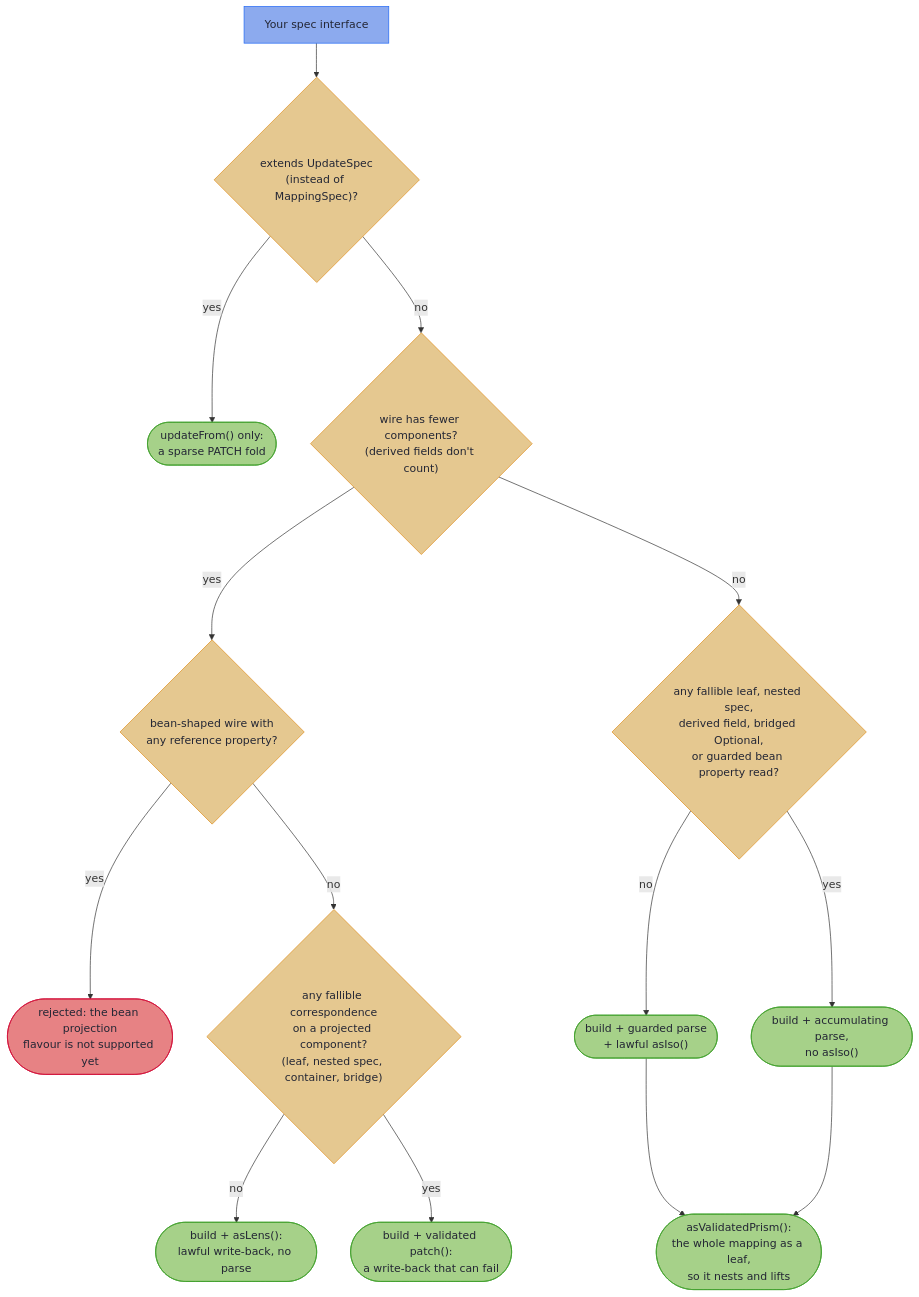
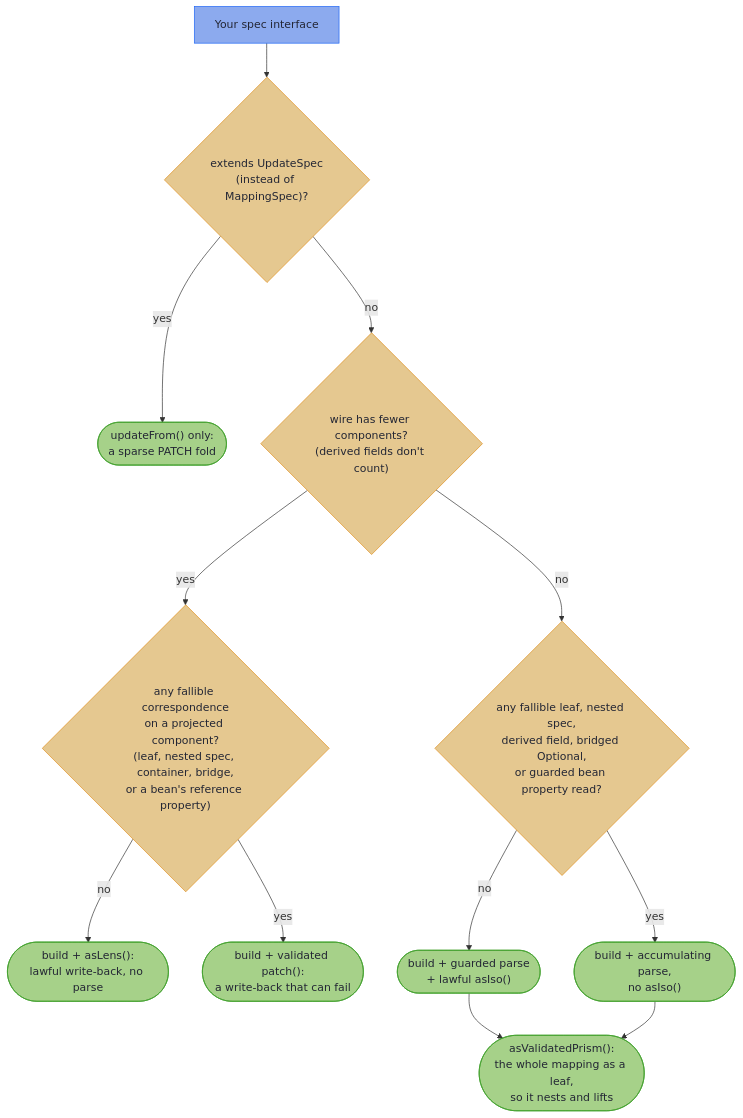
The diagram in hkj-book/src/mapping/tiers.md (higher-kinded-j/higher-kinded-j), drawn with Mermaid before and after one commit. The commit also changed other lines of this file and 17 other files, not shown here.

````diff
--- a/hkj-book/src/mapping/tiers.md
+++ b/hkj-book/src/mapping/tiers.md
@@ -20,25 +20,21 @@
 ```mermaid
 flowchart TD
     S["Your spec interface"] --> U{"extends UpdateSpec<br/>(instead of MappingSpec)?"}
     U -->|yes| UT(["updateFrom() only:<br/>a sparse PATCH fold"])
     U -->|no| W{"wire has fewer components?<br/>(derived fields don't count)"}
-    W -->|yes| B{"bean-shaped wire with<br/>any reference property?"}
-    B -->|yes| BX(["rejected: the bean projection<br/>flavour is not supported yet"])
-    B -->|no| F{"any fallible correspondence<br/>on a projected component?<br/>(leaf, nested spec, container, bridge)"}
+    W -->|yes| F{"any fallible correspondence<br/>on a projected component?<br/>(leaf, nested spec, container, bridge,<br/>or a bean's reference property)"}
     F -->|no| LT(["build + asLens():<br/>lawful write-back, no parse"])
     F -->|yes| PT(["build + validated patch():<br/>a write-back that can fail"])
     W -->|no| D{"any fallible leaf, nested spec,<br/>derived field, bridged Optional,<br/>or guarded bean property read?"}
     D -->|no| IT(["build + guarded parse<br/>+ lawful asIso()"])
     D -->|yes| VT(["build + accumulating parse,<br/>no asIso()"])
     IT --> VP(["asValidatedPrism():<br/>the whole mapping as a leaf,<br/>so it nests and lifts"])
     VT --> VP
 
     classDef wire fill:#8caaee,stroke:#1e66f5,color:#232634
     classDef tier fill:#a6d189,stroke:#40a02b,color:#232634
     classDef decision fill:#e5c890,stroke:#df8e1d,color:#232634
-    classDef error fill:#e78284,stroke:#d20f39,color:#232634
     class S wire
     class UT,LT,PT,IT,VT,VP tier
-    class U,W,B,F,D decision
-    class BX error
+    class U,W,F,D decision
 ```
````
